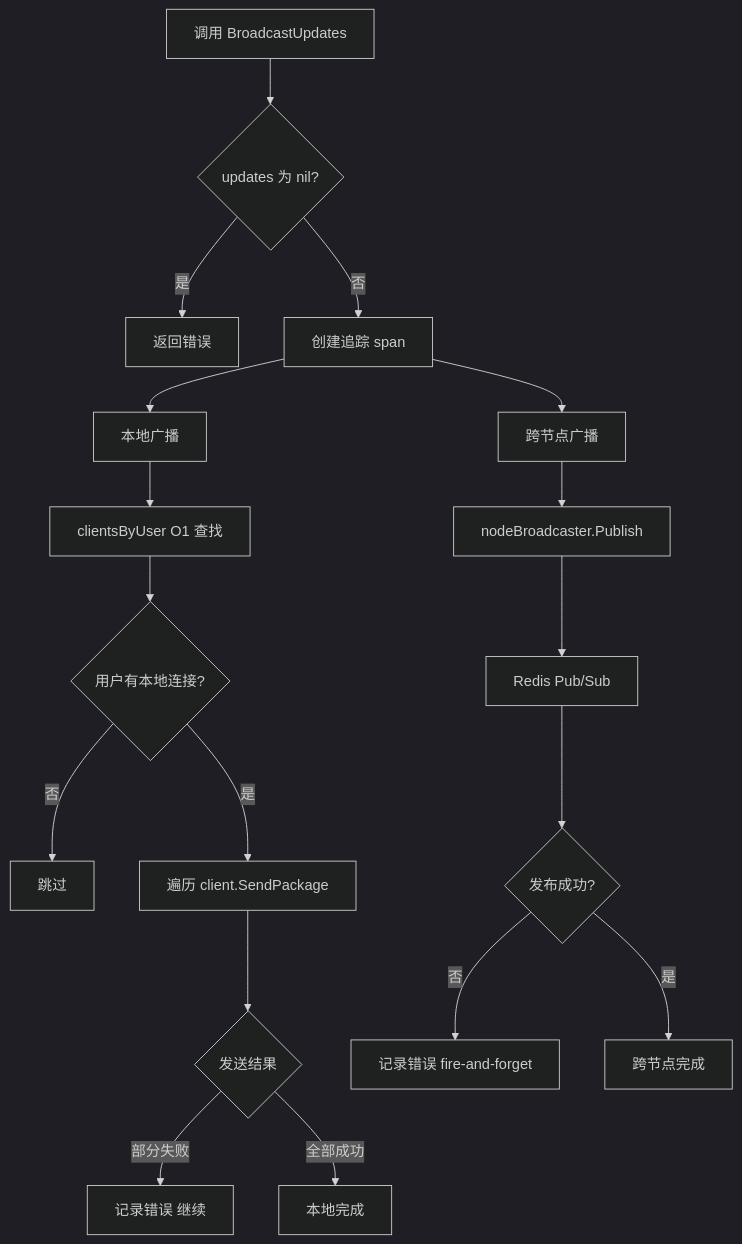
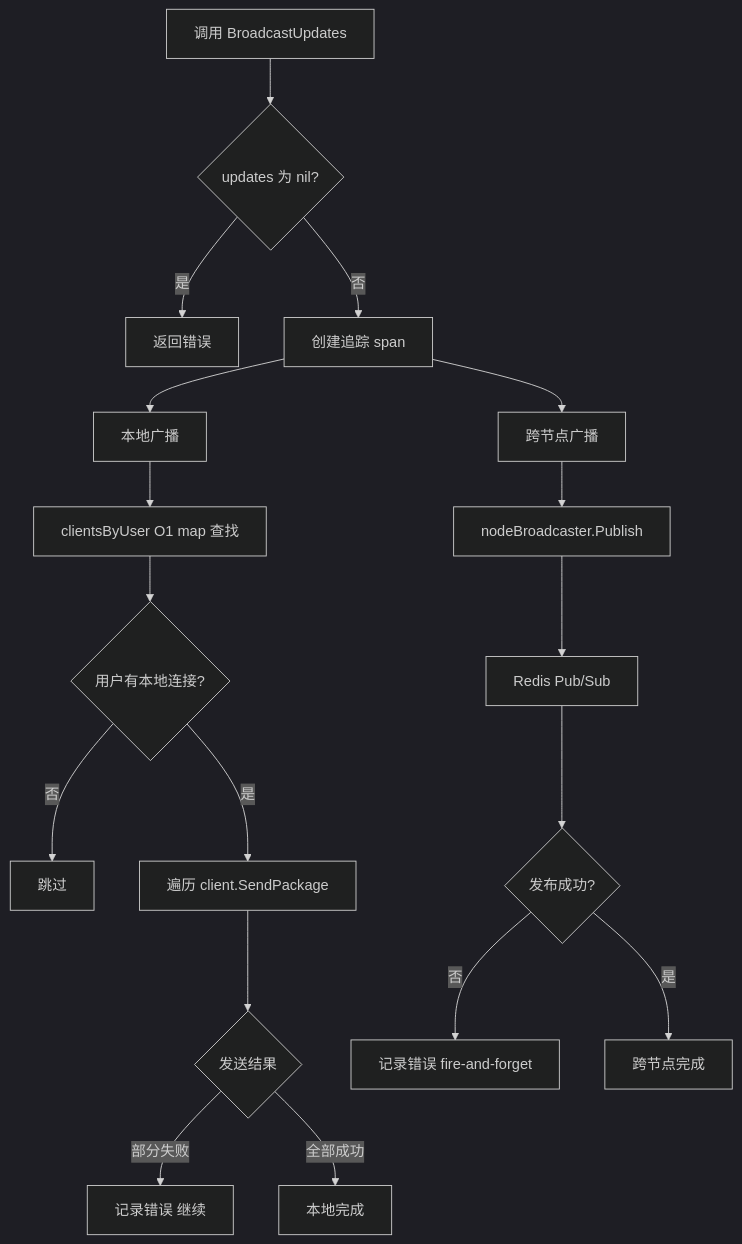
Before and after one commit to PineappleBond/xyncra-server: the seventh of 9 diagrams in wiki/flows/websocket.md, drawn with Mermaid (dark theme). The commit also changed other lines of this file and 21 other files, not shown here.

````diff
--- a/wiki/flows/websocket.md
+++ b/wiki/flows/websocket.md
@@ -340,20 +355,20 @@
 ```mermaid
 flowchart TD
     A[调用 BroadcastUpdates] --> B{updates 为 nil?}
     B -->|是| C[返回错误]
     B -->|否| D[创建追踪 span]
     D --> E[本地广播]
     D --> F[跨节点广播]
-    E --> G[clientsByUser O1 查找]
+    E --> G[clientsByUser O1 map 查找]
     G --> H{用户有本地连接?}
     H -->|否| I[跳过]
     H -->|是| J[遍历 client.SendPackage]
     J --> K{发送结果}
     K -->|部分失败| L[记录错误 继续]
     K -->|全部成功| M[本地完成]
     F --> N[nodeBroadcaster.Publish]
     N --> O[Redis Pub/Sub]
     O --> P{发布成功?}
     P -->|否| Q[记录错误 fire-and-forget]
     P -->|是| R[跨节点完成]
 ```
````
